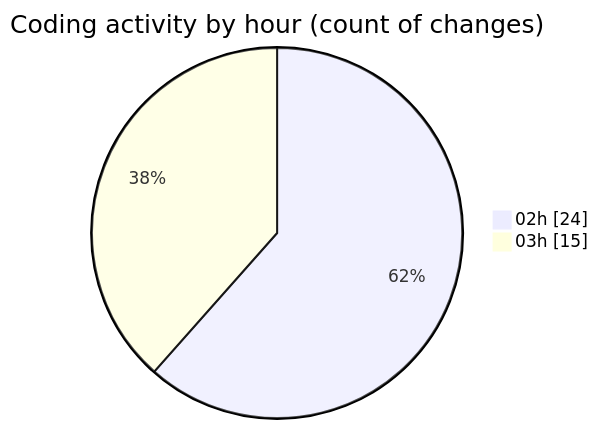
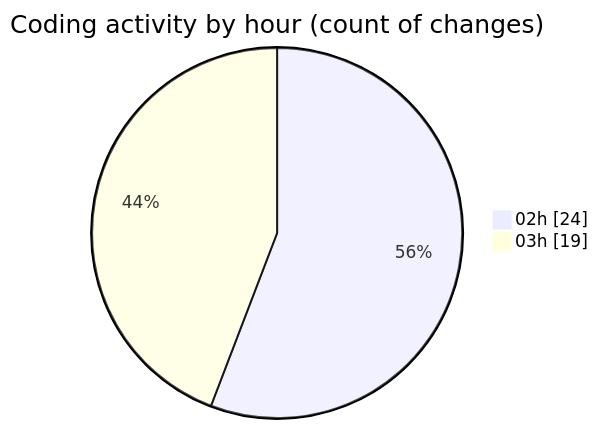
One commit to lephambinh05/code-tracking changed the second of 2 diagrams in 2025-07-23/quanlyrapchieuphim/README.md. Above: the diagram before and after it, drawn with Mermaid. The commit also changed other lines of this file and 1 other file, not shown here.

````diff
--- a/2025-07-23/quanlyrapchieuphim/README.md
+++ b/2025-07-23/quanlyrapchieuphim/README.md
@@ -38,6 +38,6 @@
 ```mermaid
 pie showData
 title Coding activity by hour (count of changes)
 "02h" : 24
-"03h" : 15
+"03h" : 19
 ```
````
